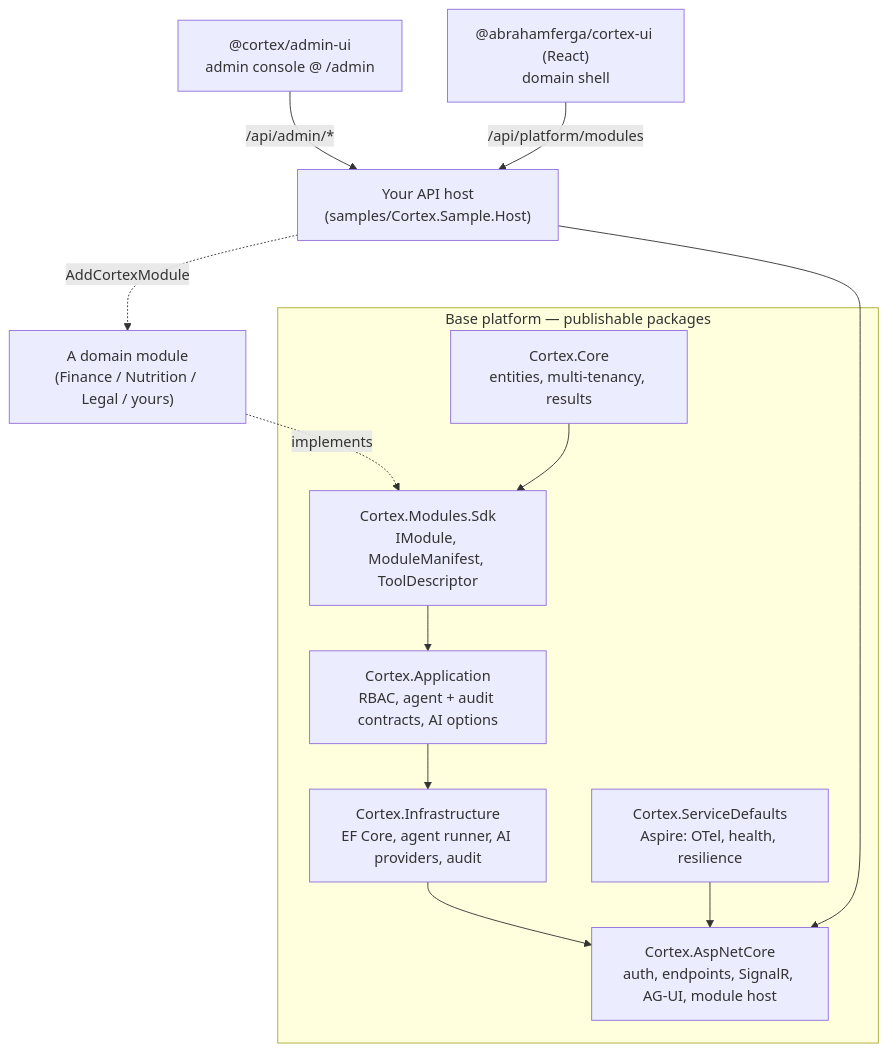
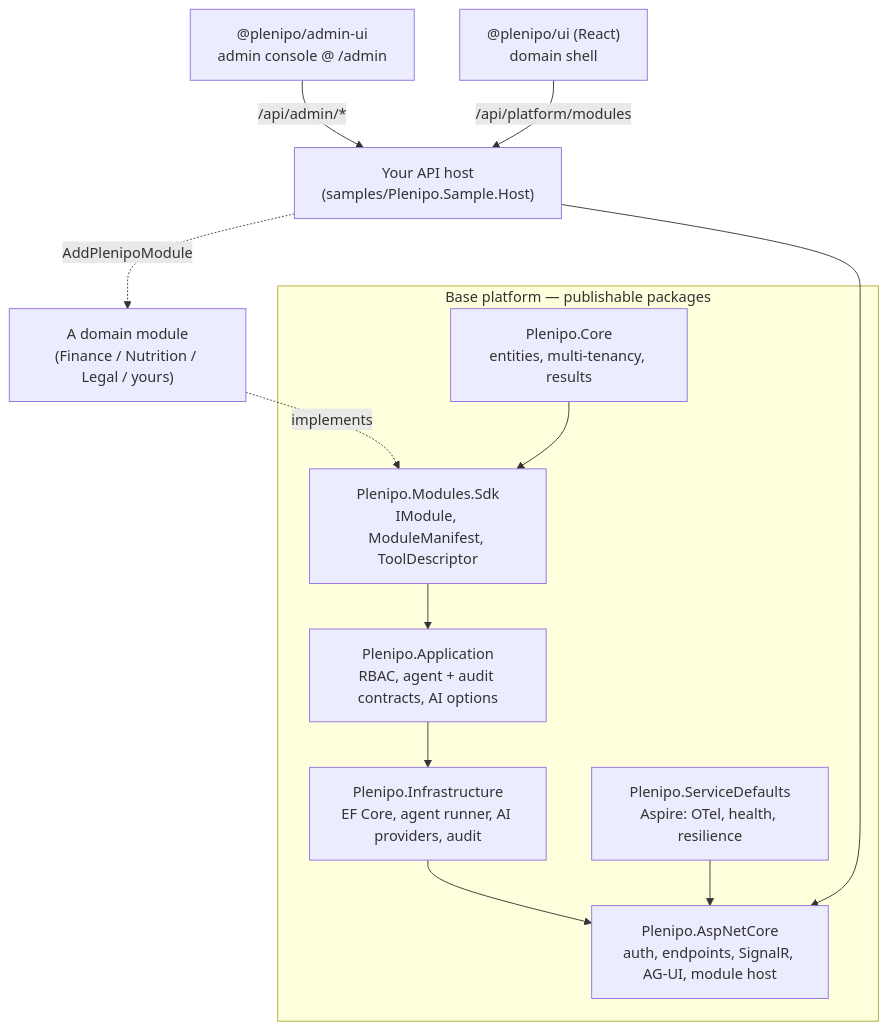
The first of 3 diagrams in ARCHITECTURE.md (abrahamFerga/Plenipo), drawn with Mermaid before and after one commit. The commit also changed other lines of this file and 1478 other files, not shown here.

````diff
--- a/ARCHITECTURE.md
+++ b/ARCHITECTURE.md
@@ -23,22 +23,22 @@
 ```mermaid
 flowchart TD
   subgraph platform["Base platform — publishable packages"]
-    Core["Cortex.Core<br/>entities, multi-tenancy, results"]
-    Sdk["Cortex.Modules.Sdk<br/>IModule, ModuleManifest, ToolDescriptor"]
-    App["Cortex.Application<br/>RBAC, agent + audit contracts, AI options"]
-    Infra["Cortex.Infrastructure<br/>EF Core, agent runner, AI providers, audit"]
-    Web["Cortex.AspNetCore<br/>auth, endpoints, SignalR, AG-UI, module host"]
-    SD["Cortex.ServiceDefaults<br/>Aspire: OTel, health, resilience"]
+    Core["Plenipo.Core<br/>entities, multi-tenancy, results"]
+    Sdk["Plenipo.Modules.Sdk<br/>IModule, ModuleManifest, ToolDescriptor"]
+    App["Plenipo.Application<br/>RBAC, agent + audit contracts, AI options"]
+    Infra["Plenipo.Infrastructure<br/>EF Core, agent runner, AI providers, audit"]
+    Web["Plenipo.AspNetCore<br/>auth, endpoints, SignalR, AG-UI, module host"]
+    SD["Plenipo.ServiceDefaults<br/>Aspire: OTel, health, resilience"]
   end
 
   Core --> Sdk --> App --> Infra --> Web
   SD --> Web
 
   Module["A domain module<br/>(Finance / Nutrition / Legal / yours)"]
   Module -. implements .-> Sdk
-  Host["Your API host<br/>(samples/Cortex.Sample.Host)"]
+  Host["Your API host<br/>(samples/Plenipo.Sample.Host)"]
   Host --> Web
-  Host -. "AddCortexModule" .-> Module
-  UI["@abrahamferga/cortex-ui (React)<br/>domain shell"] -- "/api/platform/modules" --> Host
-  Admin["@cortex/admin-ui<br/>admin console @ /admin"] -- "/api/admin/*" --> Host
+  Host -. "AddPlenipoModule" .-> Module
+  UI["@plenipo/ui (React)<br/>domain shell"] -- "/api/platform/modules" --> Host
+  Admin["@plenipo/admin-ui<br/>admin console @ /admin"] -- "/api/admin/*" --> Host
 ```
````
